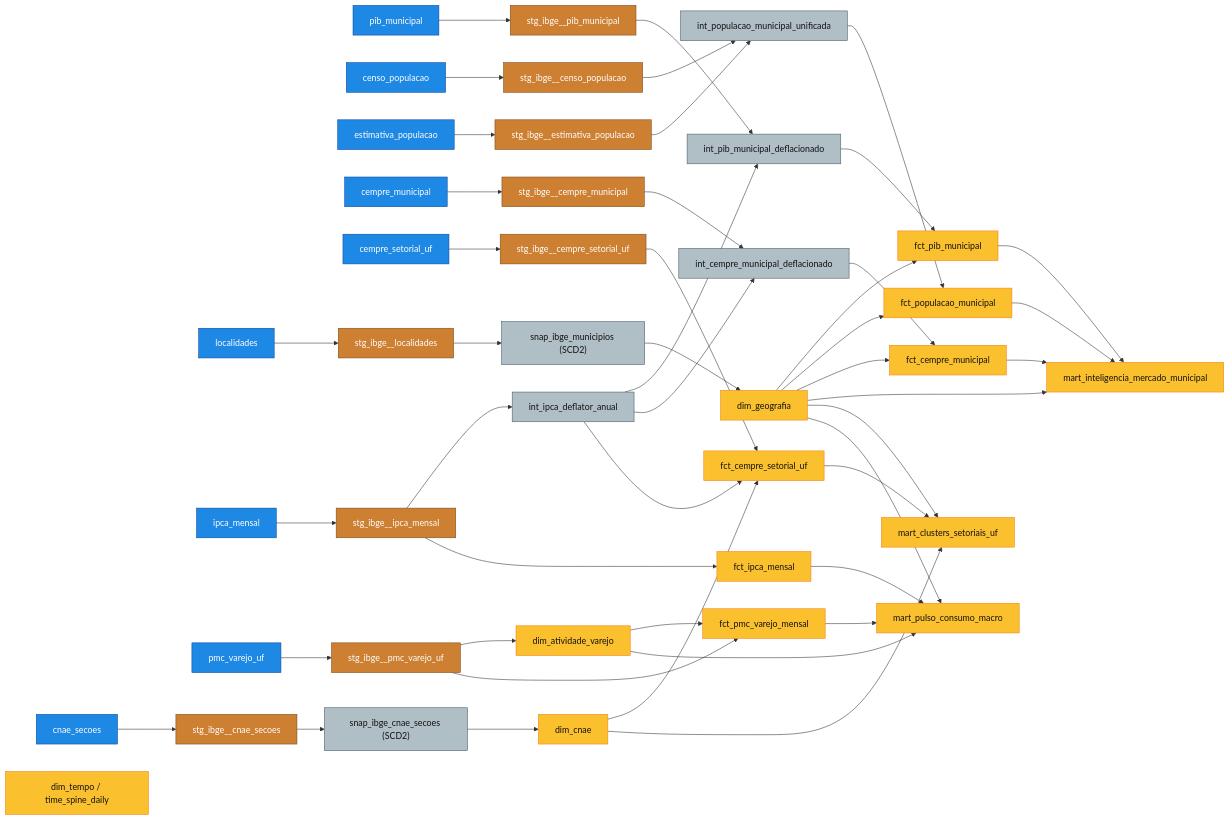
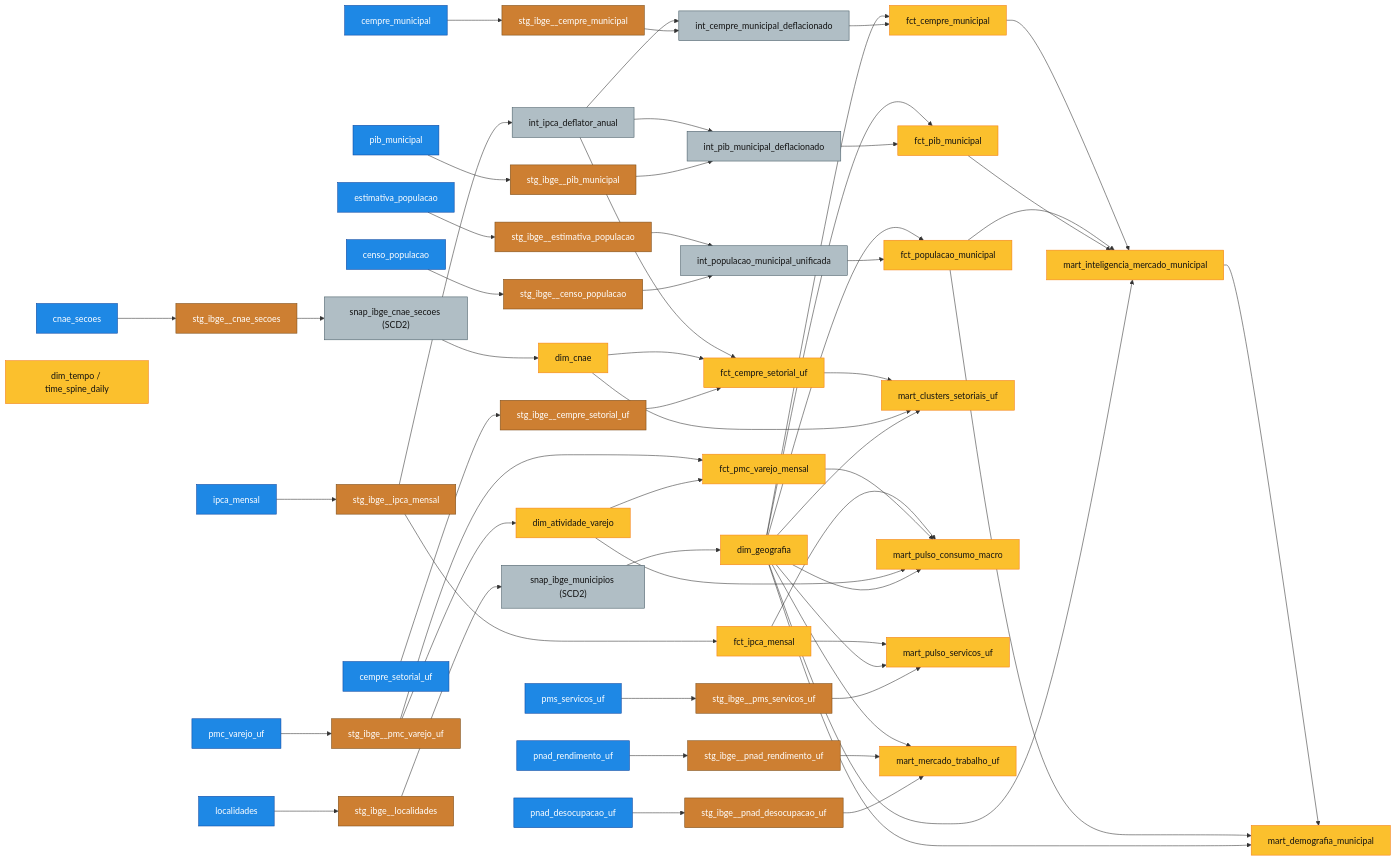
Before and after one commit to leoserpa/sidralake: the diagram in README.en.md, drawn with Mermaid. The commit also changed other lines of this file and 32 other files, not shown here.

```diff
--- a/README.en.md
+++ b/README.en.md
@@ -33,8 +33,11 @@
     s_cemp_uf["cempre_setorial_uf"]:::source
     s_ipca["ipca_mensal"]:::source
     s_pmc["pmc_varejo_uf"]:::source
+    s_pms["pms_servicos_uf"]:::source
+    s_pnad_d["pnad_desocupacao_uf"]:::source
+    s_pnad_r["pnad_rendimento_uf"]:::source
 
-    %% Staging (Bronze)
+    %% Staging (Bronze -> Silver)
     stg_loc["stg_ibge__localidades"]:::staging
     stg_cnae["stg_ibge__cnae_secoes"]:::staging
     stg_pib["stg_ibge__pib_municipal"]:::staging
@@ -44,8 +47,11 @@
     stg_cemp_uf["stg_ibge__cempre_setorial_uf"]:::staging
     stg_ipca["stg_ibge__ipca_mensal"]:::staging
     stg_pmc["stg_ibge__pmc_varejo_uf"]:::staging
+    stg_pms["stg_ibge__pms_servicos_uf"]:::staging
+    stg_pnad_d["stg_ibge__pnad_desocupacao_uf"]:::staging
+    stg_pnad_r["stg_ibge__pnad_rendimento_uf"]:::staging
 
-    %% Silver Intermediate & SCD2 Snapshots (Silver)
+    %% Silver Intermediate & SCD2 Snapshots
     snap_mun["snap_ibge_municipios (SCD2)"]:::silver
     snap_cnae["snap_ibge_cnae_secoes (SCD2)"]:::silver
     int_ipca["int_ipca_deflator_anual"]:::silver
@@ -53,7 +59,7 @@
     int_pop["int_populacao_municipal_unificada"]:::silver
     int_cemp["int_cempre_municipal_deflacionado"]:::silver
 
-    %% Gold Dimensions, Facts & Marts (Gold)
+    %% Gold Dimensions, Facts & Marts
     dim_geo["dim_geografia"]:::gold
     dim_cnae["dim_cnae"]:::gold
     dim_var["dim_atividade_varejo"]:::gold
@@ -67,8 +73,11 @@
     mart_ims["mart_inteligencia_mercado_municipal"]:::gold
     mart_cl["mart_clusters_setoriais_uf"]:::gold
     mart_pmc["mart_pulso_consumo_macro"]:::gold
+    mart_pms["mart_pulso_servicos_uf"]:::gold
+    mart_trab["mart_mercado_trabalho_uf"]:::gold
+    mart_demo["mart_demografia_municipal"]:::gold
 
-    %% Lineage edges (extracted from dbt manifest.json)
+    %% Lineage edges
     s_loc --> stg_loc --> snap_mun --> dim_geo
     s_cnae --> stg_cnae --> snap_cnae --> dim_cnae
     s_ipca --> stg_ipca --> int_ipca
@@ -100,6 +109,16 @@
     fct_pmc --> mart_pmc
     fct_ipca --> mart_pmc
 
+    s_pms --> stg_pms --> mart_pms
+    dim_geo --> mart_pms
+    fct_ipca --> mart_pms
+    s_pnad_d --> stg_pnad_d --> mart_trab
+    s_pnad_r --> stg_pnad_r --> mart_trab
+    dim_geo --> mart_trab
+    dim_geo --> mart_demo
+    fct_pop --> mart_demo
+    mart_ims --> mart_demo
+
     classDef source fill:#1E88E5,stroke:#0D47A1,color:#FFFFFF
     classDef staging fill:#CD7F32,stroke:#7B4B16,color:#FFFFFF
     classDef silver fill:#B0BEC5,stroke:#455A64,color:#111111
```
